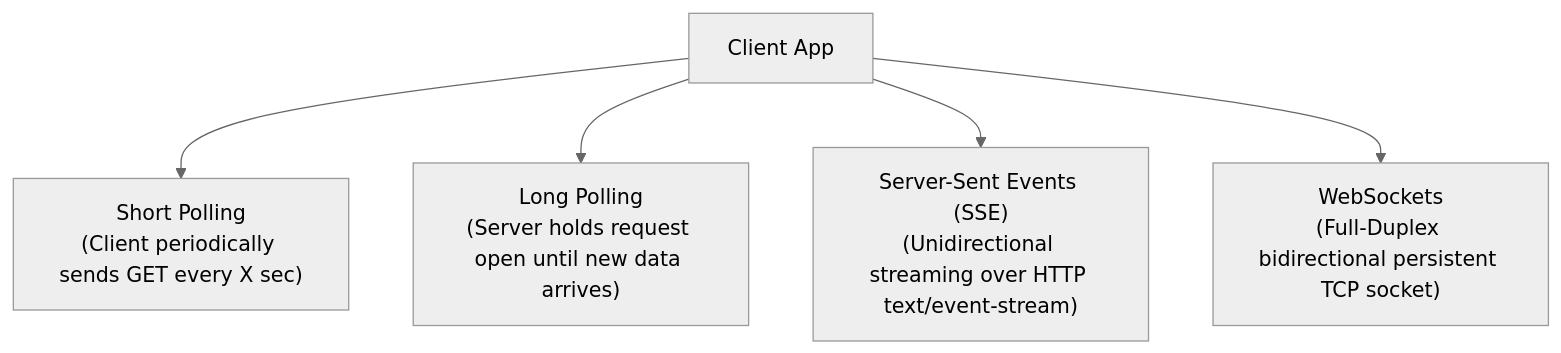
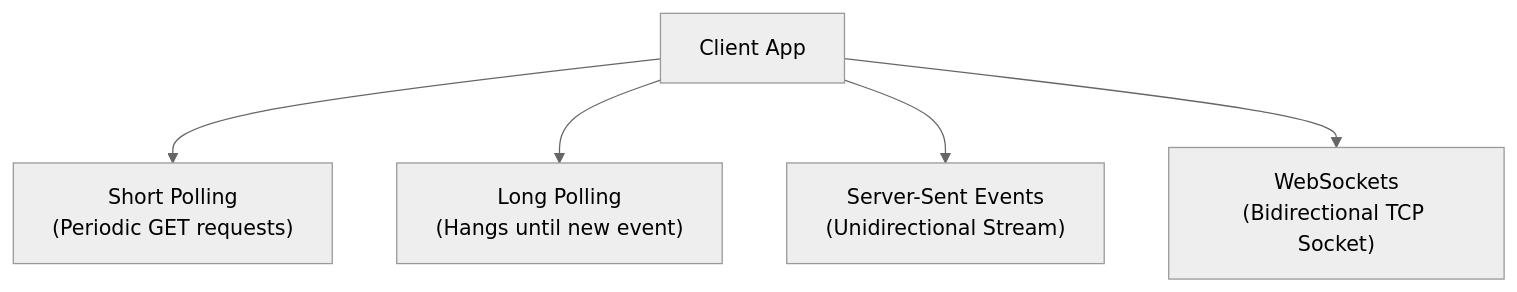
Before and after one commit to Sourav108/strivers-lld: the fourth of 5 diagrams in strivers-hld/02-Networking-Fundamentals/README.md, drawn with Mermaid (neutral theme). The commit also changed other lines of this file and 39 other files, not shown here.

Commit message:
fix(mermaid): wrap node labels, simplify diamonds, and reformat wide diagrams for perfect GitHub rendering

````diff
--- a/strivers-hld/02-Networking-Fundamentals/README.md
+++ b/strivers-hld/02-Networking-Fundamentals/README.md
@@ -103,7 +103,7 @@
 ```mermaid
 flowchart TD
-    Client["Client App"] --> Poll["Short Polling<br/>(Client periodically sends GET every X sec)"]
-    Client --> LongPoll["Long Polling<br/>(Server holds request open until new data arrives)"]
-    Client --> SSE["Server-Sent Events (SSE)<br/>(Unidirectional streaming over HTTP text/event-stream)"]
-    Client --> WS["WebSockets<br/>(Full-Duplex bidirectional persistent TCP socket)"]
+    Client["Client App"] --> Poll["Short Polling<br/>(Periodic GET requests)"]
+    Client --> LongPoll["Long Polling<br/>(Hangs until new event)"]
+    Client --> SSE["Server-Sent Events<br/>(Unidirectional Stream)"]
+    Client --> WS["WebSockets<br/>(Bidirectional TCP Socket)"]
 ```
````
